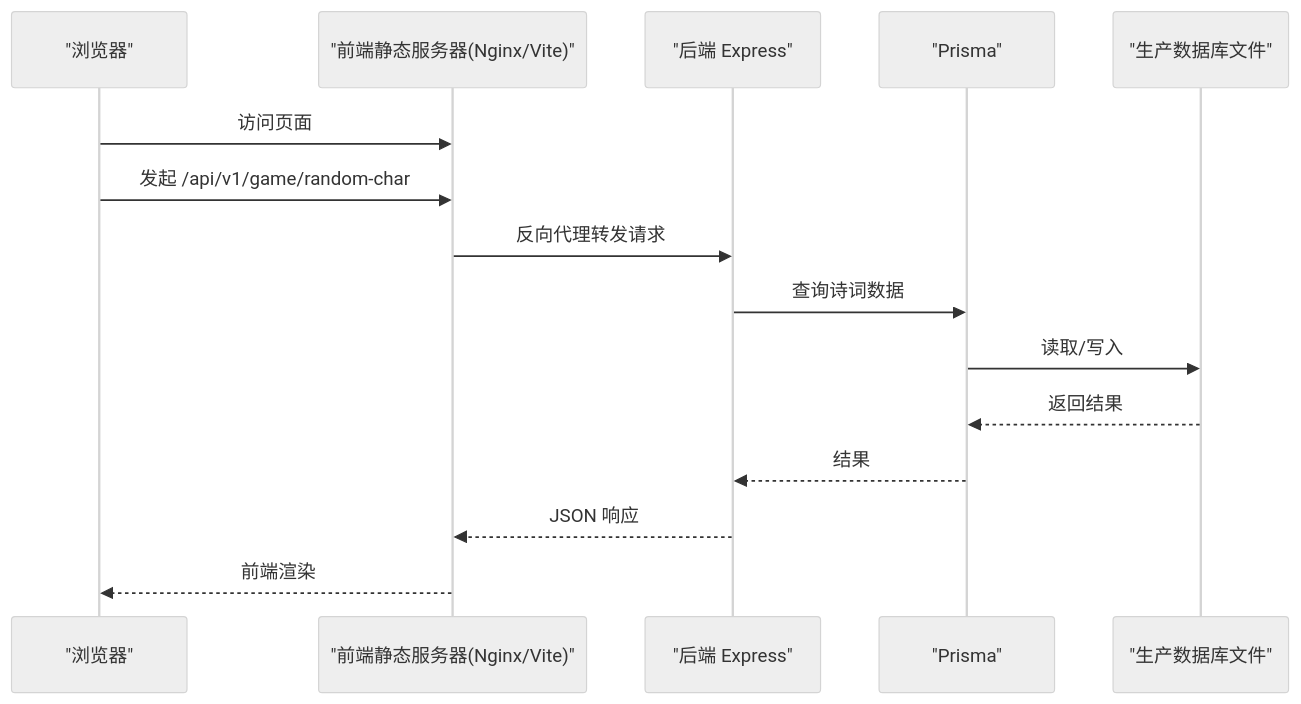
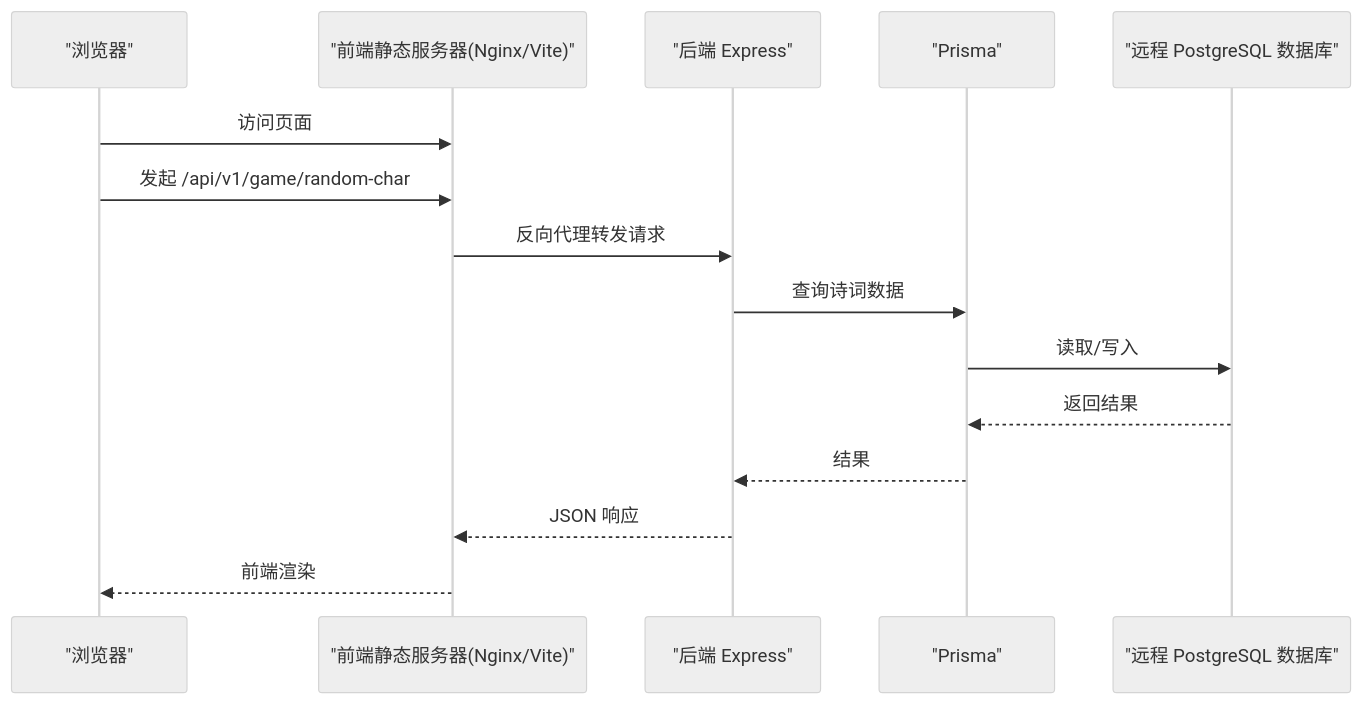
The third of 5 diagrams in .qoder/repowiki/zh/content/环境配置与部署/部署指南/部署指南.md (iazrael/feihua-ling), drawn with Mermaid (neutral theme) before and after one commit. The commit also changed other lines of this file and 12 other files, not shown here.

````diff
--- a/.qoder/repowiki/zh/content/环境配置与部署/部署指南/部署指南.md
+++ b/.qoder/repowiki/zh/content/环境配置与部署/部署指南/部署指南.md
@@ -150,17 +179,17 @@
 ```mermaid
 sequenceDiagram
 participant Client as "浏览器"
 participant FE as "前端静态服务器(Nginx/Vite)"
 participant BE as "后端 Express"
 participant PRISMA as "Prisma"
-participant DB as "生产数据库文件"
+participant DB as "远程 PostgreSQL 数据库"
 Client->>FE : 访问页面
 Client->>FE : 发起 /api/v1/game/random-char
 FE->>BE : 反向代理转发请求
 BE->>PRISMA : 查询诗词数据
 PRISMA->>DB : 读取/写入
 DB-->>PRISMA : 返回结果
 PRISMA-->>BE : 结果
 BE-->>FE : JSON 响应
 FE-->>Client : 前端渲染
 ```
````
